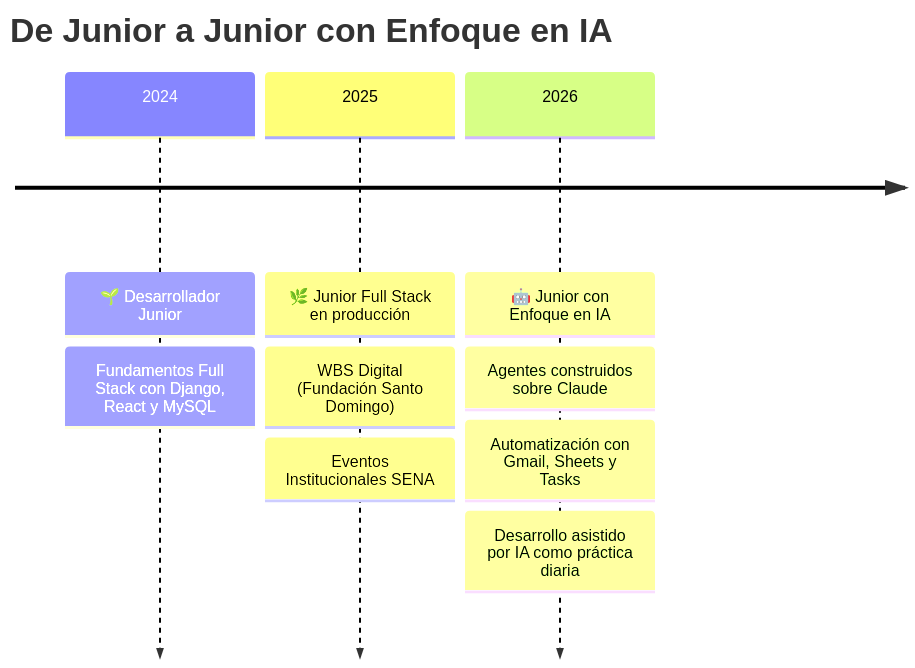
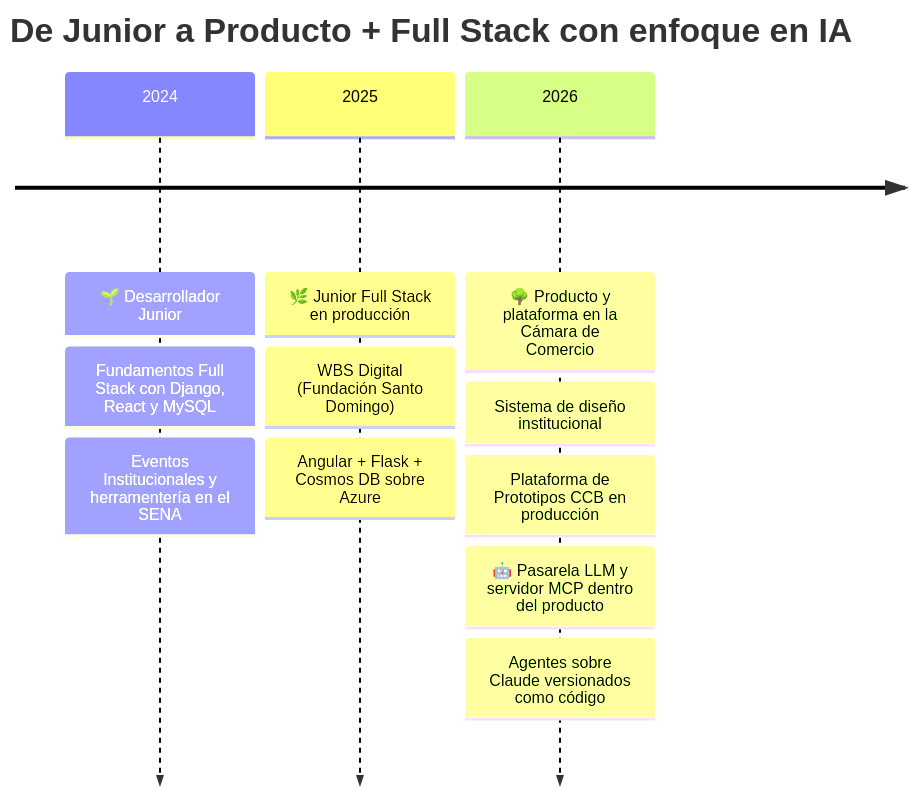
Before and after one commit to Nico337-ctrl/Nico337-ctrl: the diagram in README.md, drawn with Mermaid. The commit also changed other lines of this file, not shown here.

First line of the commit message:
Actualizar el perfil al rol actual en la Camara de Comercio

````diff
--- a/README.md
+++ b/README.md
@@ -42,13 +66,15 @@
 ```mermaid
 timeline
-    title De Junior a Junior con Enfoque en IA
+    title De Junior a Producto + Full Stack con enfoque en IA
     2024 : 🌱 Desarrollador Junior
          : Fundamentos Full Stack con Django, React y MySQL
+         : Eventos Institucionales y herramentería en el SENA
     2025 : 🌿 Junior Full Stack en producción
          : WBS Digital (Fundación Santo Domingo)
-         : Eventos Institucionales SENA
-    2026 : 🤖 Junior con Enfoque en IA
-         : Agentes construidos sobre Claude
-         : Automatización con Gmail, Sheets y Tasks
-         : Desarrollo asistido por IA como práctica diaria
+         : Angular + Flask + Cosmos DB sobre Azure
+    2026 : 🌳 Producto y plataforma en la Cámara de Comercio
+         : Sistema de diseño institucional
+         : Plataforma de Prototipos CCB en producción
+         : 🤖 Pasarela LLM y servidor MCP dentro del producto
+         : Agentes sobre Claude versionados como código
 ```
````
